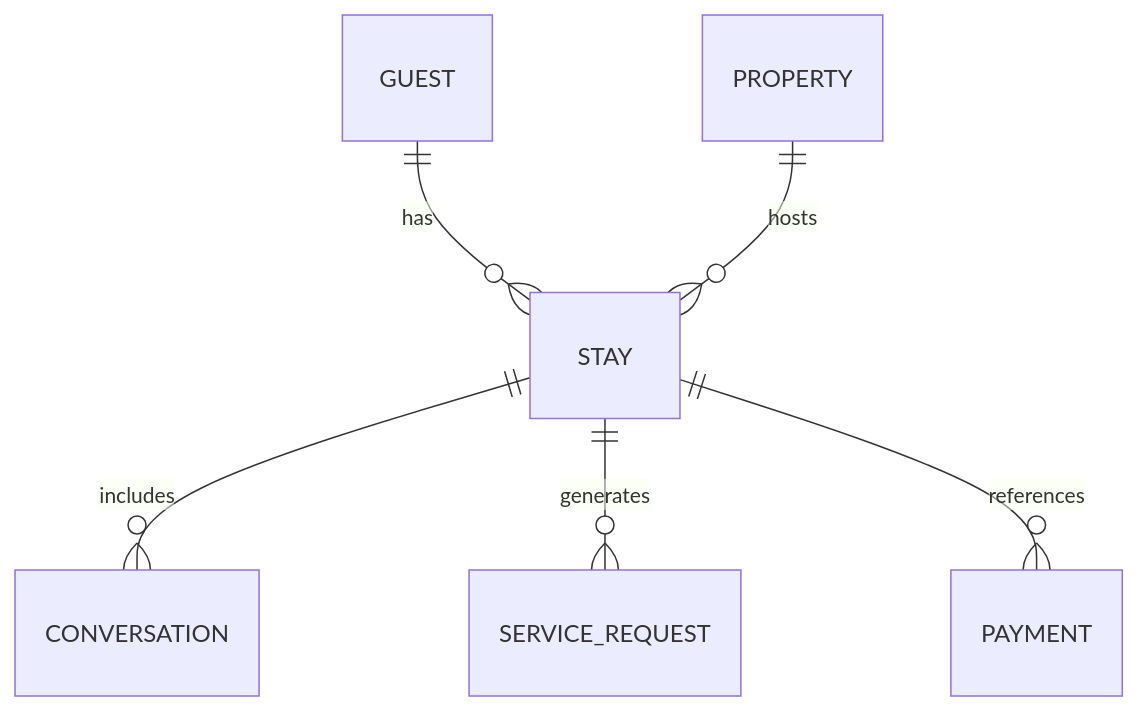
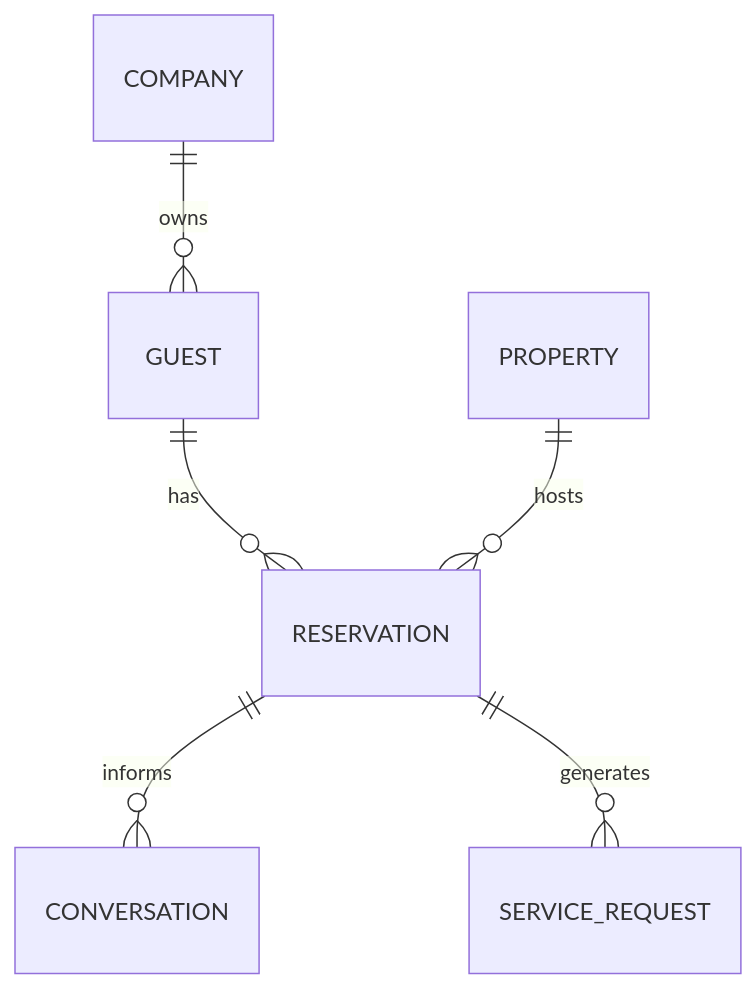
The diagram in docs/product/guest/GuestStayHistory.md (Bayomoustapha3730/stayflow-ai), drawn with Mermaid before and after one commit. The commit also changed other lines of this file and 9 other files, not shown here.

````diff
--- a/docs/product/guest/GuestStayHistory.md
+++ b/docs/product/guest/GuestStayHistory.md
@@ -54,8 +106,8 @@
 ```mermaid
 erDiagram
-    GUEST ||--o{ STAY : has
-    PROPERTY ||--o{ STAY : hosts
-    STAY ||--o{ CONVERSATION : includes
-    STAY ||--o{ SERVICE_REQUEST : generates
-    STAY ||--o{ PAYMENT : references
+    COMPANY ||--o{ GUEST : owns
+    GUEST ||--o{ RESERVATION : has
+    PROPERTY ||--o{ RESERVATION : hosts
+    RESERVATION ||--o{ CONVERSATION : informs
+    RESERVATION ||--o{ SERVICE_REQUEST : generates
 ```
````
